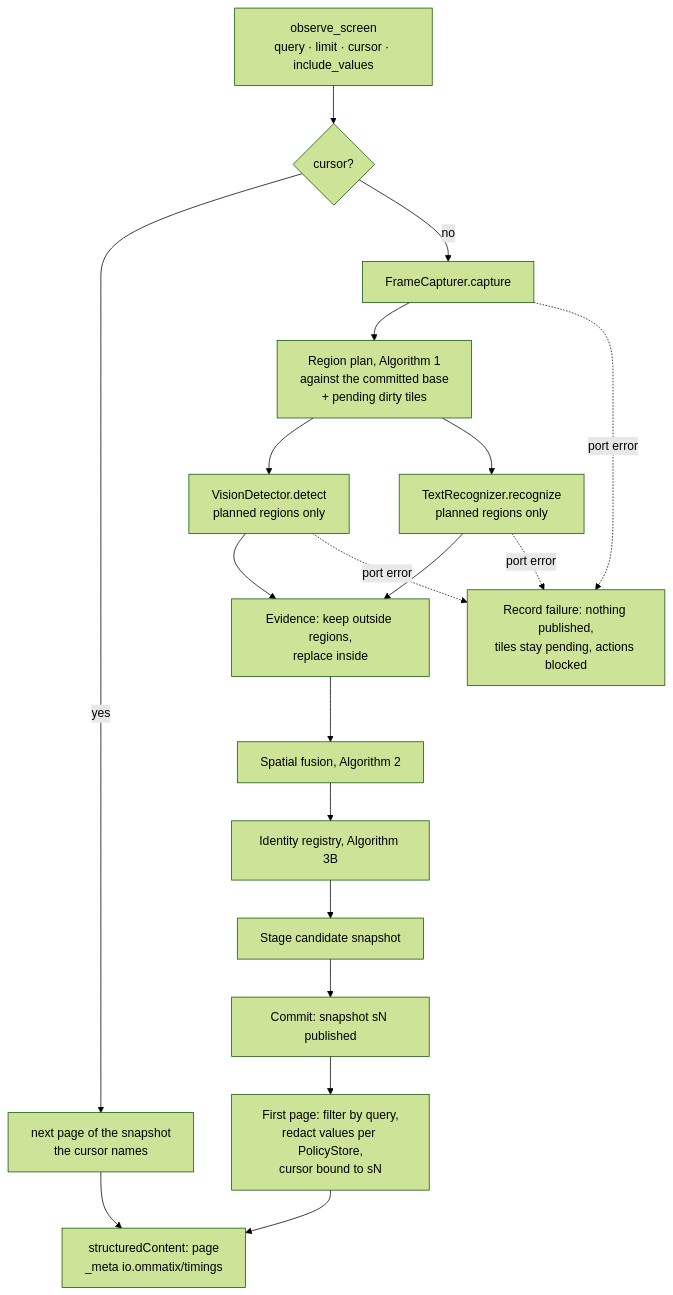
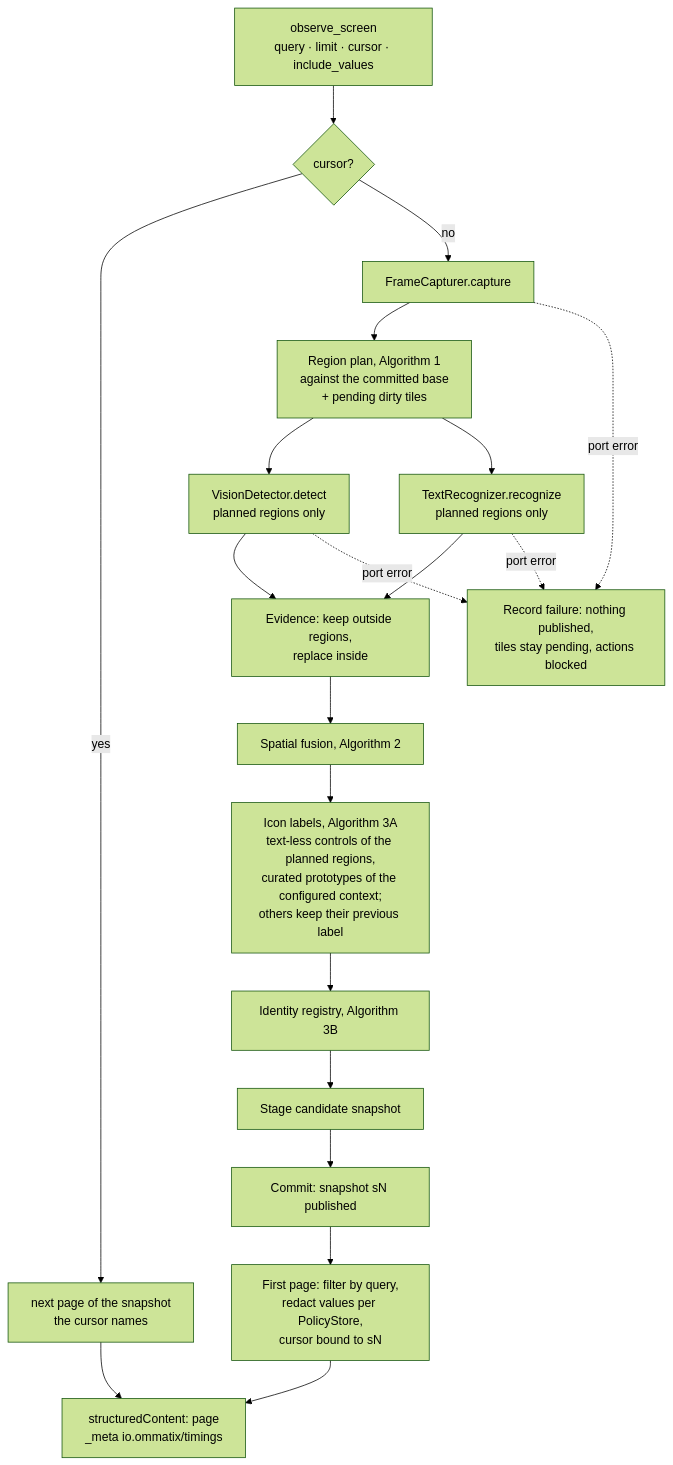
Before and after one commit to Yosoyepa/Ommatix: the first of 2 diagrams in docs/diagrams/engine.md, drawn with Mermaid (forest theme). The commit also changed other lines of this file and 8 other files, not shown here.

````diff
--- a/docs/diagrams/engine.md
+++ b/docs/diagrams/engine.md
@@ -17,21 +17,22 @@
 ```mermaid
 flowchart TD
   REQ[observe_screen<br/>query · limit · cursor · include_values] --> CUR{cursor?}
   CUR -->|yes| PAGE[next page of the snapshot<br/>the cursor names]
   CUR -->|no| CAP[FrameCapturer.capture]
   CAP --> PLAN[Region plan, Algorithm 1<br/>against the committed base<br/>+ pending dirty tiles]
   PLAN --> DET[VisionDetector.detect<br/>planned regions only]
   PLAN --> OCR[TextRecognizer.recognize<br/>planned regions only]
   DET --> EVI[Evidence: keep outside regions,<br/>replace inside]
   OCR --> EVI
   EVI --> FUS[Spatial fusion, Algorithm 2]
-  FUS --> REG[Identity registry, Algorithm 3B]
+  FUS --> ICO[Icon labels, Algorithm 3A<br/>text-less controls of the planned regions,<br/>curated prototypes of the configured context;<br/>others keep their previous label]
+  ICO --> REG[Identity registry, Algorithm 3B]
   REG --> STAGE[Stage candidate snapshot]
   STAGE --> COMMIT[Commit: snapshot sN published]
   COMMIT --> FIRST[First page: filter by query,<br/>redact values per PolicyStore,<br/>cursor bound to sN]
   CAP -. port error .-> FAIL[Record failure: nothing published,<br/>tiles stay pending, actions blocked]
   DET -. port error .-> FAIL
   OCR -. port error .-> FAIL
   FIRST --> OUT[structuredContent: page<br/>_meta io.ommatix/timings]
   PAGE --> OUT
 ```
````
